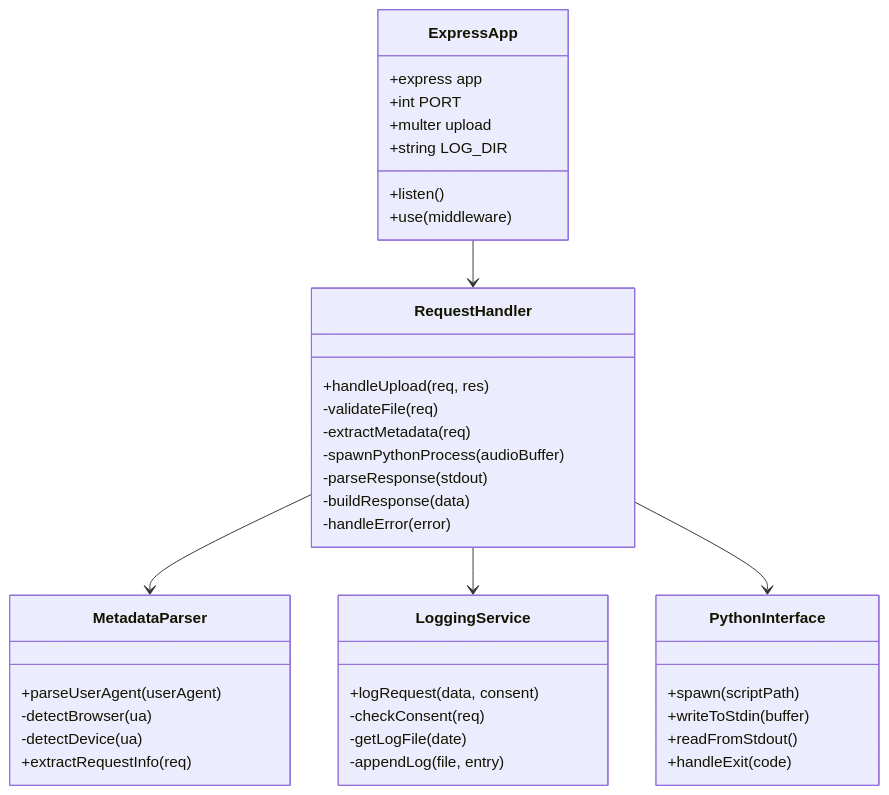
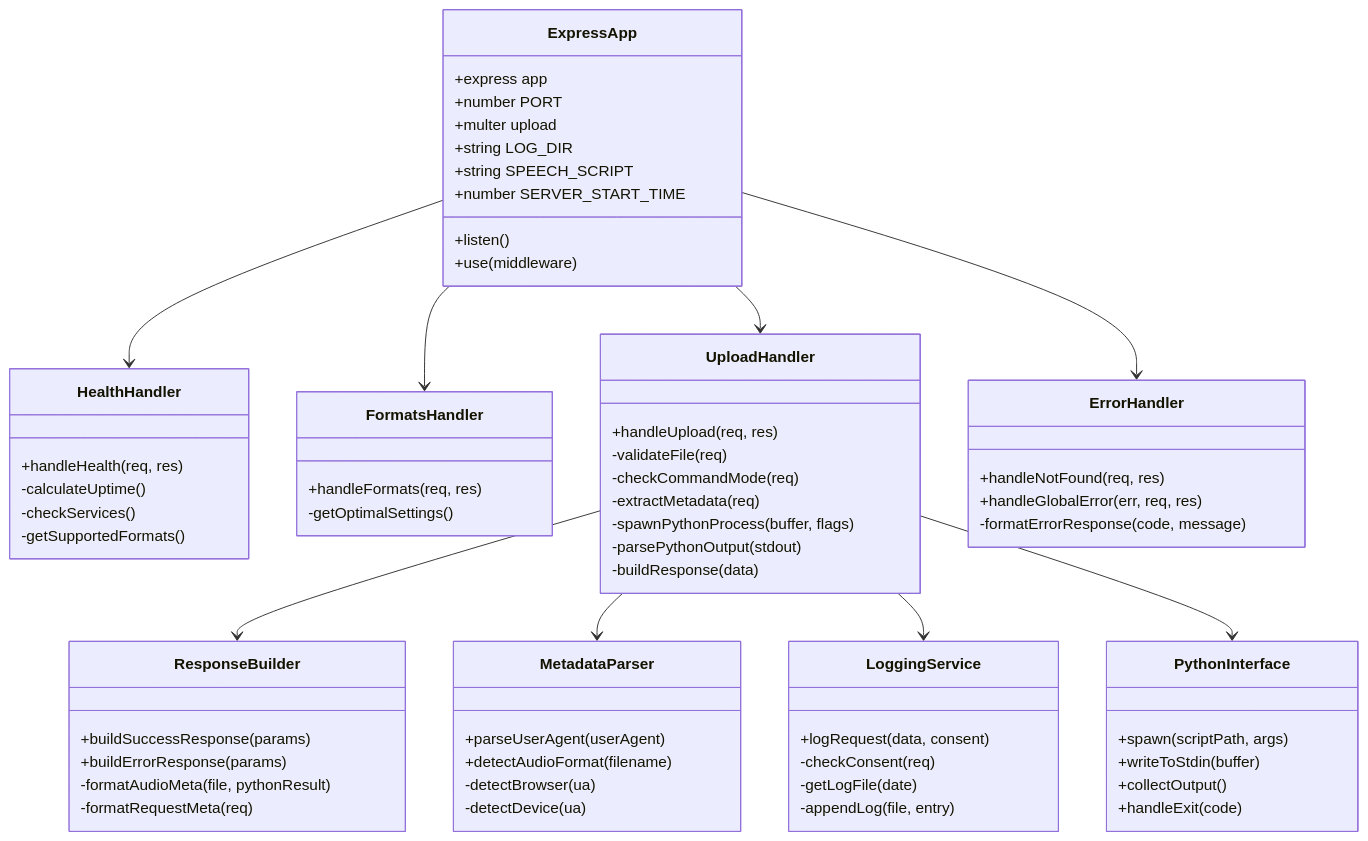
The fifth of 7 diagrams in documentation/docs/system-architecture/design.md (Capstone-Projects-2025-Fall/project-002-aac-api), drawn with Mermaid before and after one commit. The commit also changed other lines of this file, not shown here.

First line of the commit message:
updated design architecture

````diff
--- a/documentation/docs/system-architecture/design.md
+++ b/documentation/docs/system-architecture/design.md
@@ -328,47 +525,78 @@
 ```mermaid
 classDiagram
     class ExpressApp {
         +express app
-        +int PORT
+        +number PORT
         +multer upload
         +string LOG_DIR
+        +string SPEECH_SCRIPT
+        +number SERVER_START_TIME
         +listen()
         +use(middleware)
     }
     
-    class RequestHandler {
+    class HealthHandler {
+        +handleHealth(req, res)
+        -calculateUptime()
+        -checkServices()
+        -getSupportedFormats()
+    }
+    
+    class FormatsHandler {
+        +handleFormats(req, res)
+        -getOptimalSettings()
+    }
+    
+    class UploadHandler {
         +handleUpload(req, res)
         -validateFile(req)
+        -checkCommandMode(req)
         -extractMetadata(req)
-        -spawnPythonProcess(audioBuffer)
-        -parseResponse(stdout)
+        -spawnPythonProcess(buffer, flags)
+        -parsePythonOutput(stdout)
         -buildResponse(data)
-        -handleError(error)
+    }
+    
+    class ResponseBuilder {
+        +buildSuccessResponse(params)
+        +buildErrorResponse(params)
+        -formatAudioMeta(file, pythonResult)
+        -formatRequestMeta(req)
     }
     
     class MetadataParser {
         +parseUserAgent(userAgent)
+        +detectAudioFormat(filename)
         -detectBrowser(ua)
         -detectDevice(ua)
-        +extractRequestInfo(req)
     }
     
     class LoggingService {
         +logRequest(data, consent)
         -checkConsent(req)
         -getLogFile(date)
         -appendLog(file, entry)
     }
     
     class PythonInterface {
-        +spawn(scriptPath)
+        +spawn(scriptPath, args)
         +writeToStdin(buffer)
-        +readFromStdout()
+        +collectOutput()
         +handleExit(code)
     }
     
-    ExpressApp --> RequestHandler
-    RequestHandler --> MetadataParser
-    RequestHandler --> LoggingService
-    RequestHandler --> PythonInterface
+    class ErrorHandler {
+        +handleNotFound(req, res)
+        +handleGlobalError(err, req, res)
+        -formatErrorResponse(code, message)
+    }
+    
+    ExpressApp --> HealthHandler
+    ExpressApp --> FormatsHandler
+    ExpressApp --> UploadHandler
+    ExpressApp --> ErrorHandler
+    UploadHandler --> ResponseBuilder
+    UploadHandler --> MetadataParser
+    UploadHandler --> LoggingService
+    UploadHandler --> PythonInterface
 ```
````
